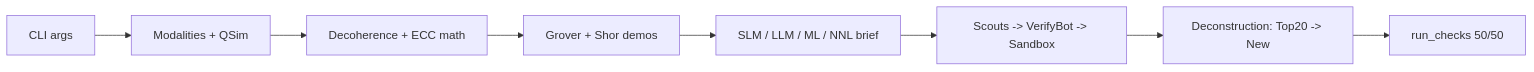
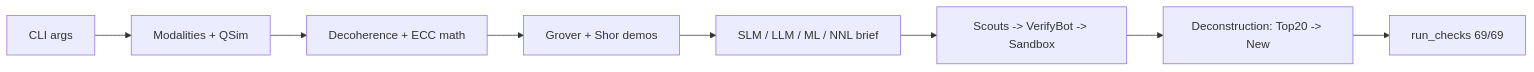
The second of 7 diagrams in README.md (kimanicollier44-cmyk/NanoBits-Q), drawn with Mermaid before and after one commit. The commit also changed other lines of this file and 2 other files, not shown here.

````diff
--- a/README.md
+++ b/README.md
@@ -271,10 +291,10 @@
 ```mermaid
 flowchart LR
     A["CLI args"] --> B["Modalities + QSim"]
     B --> C["Decoherence + ECC math"]
     C --> D["Grover + Shor demos"]
     D --> E["SLM / LLM / ML / NNL brief"]
     E --> F["Scouts -> VerifyBot -> Sandbox"]
     F --> G["Deconstruction: Top20 -> New"]
-    G --> H["run_checks 50/50"]
+    G --> H["run_checks 69/69"]
 ```
````
